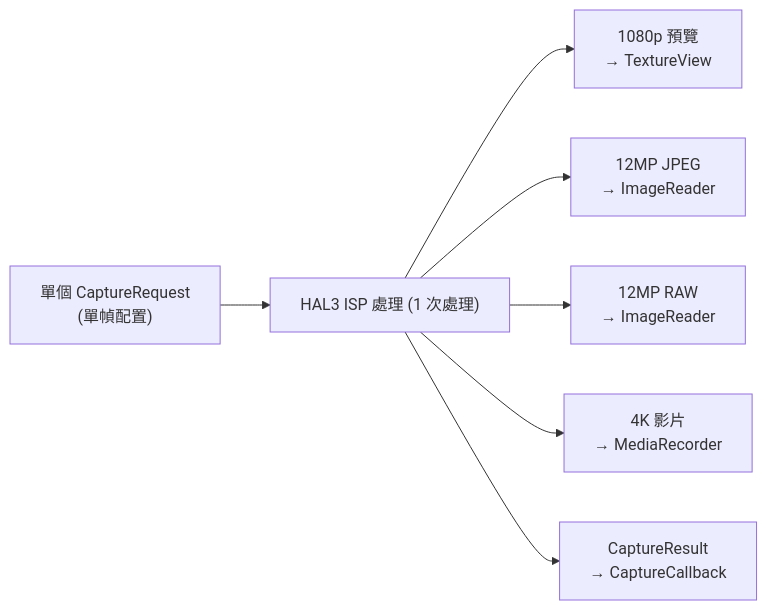
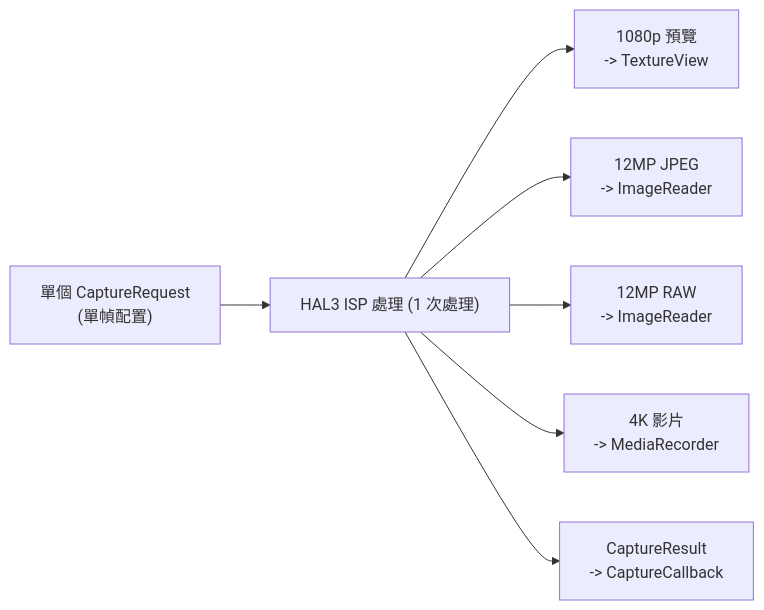
One commit to zoozooll/AndroidCameraParameters changed the third of 4 diagrams in website/i18n/zh-Hant/docusaurus-plugin-content-docs/current/camera2/the-camera2-pipeline.md. Above: the diagram before and after it, drawn with Mermaid. The commit also changed 77 other files, not shown here.

First line of the commit message:
docs: standardize Mermaid syntax and polish 3A pipeline translations

````diff
--- a/website/i18n/zh-Hant/docusaurus-plugin-content-docs/current/camera2/the-camera2-pipeline.md
+++ b/website/i18n/zh-Hant/docusaurus-plugin-content-docs/current/camera2/the-camera2-pipeline.md
@@ -359,17 +359,17 @@
 ```mermaid
 flowchart LR
     R["單個 CaptureRequest<br/>(單幀配置)"]
     HAL["HAL3 ISP 處理 (1 次處理)"]
-    S1["1080p 預覽<br/>→ TextureView"]
-    S2["12MP JPEG<br/>→ ImageReader"]
-    S3["12MP RAW<br/>→ ImageReader"]
-    S4["4K 影片<br/>→ MediaRecorder"]
-    RESULT["CaptureResult<br/>→ CaptureCallback"]
+    S1["1080p 預覽<br/>-> TextureView"]
+    S2["12MP JPEG<br/>-> ImageReader"]
+    S3["12MP RAW<br/>-> ImageReader"]
+    S4["4K 影片<br/>-> MediaRecorder"]
+    RESULT["CaptureResult<br/>-> CaptureCallback"]
 
     R --> HAL
     HAL --> S1
     HAL --> S2
     HAL --> S3
     HAL --> S4
     HAL --> RESULT
 ```
````
